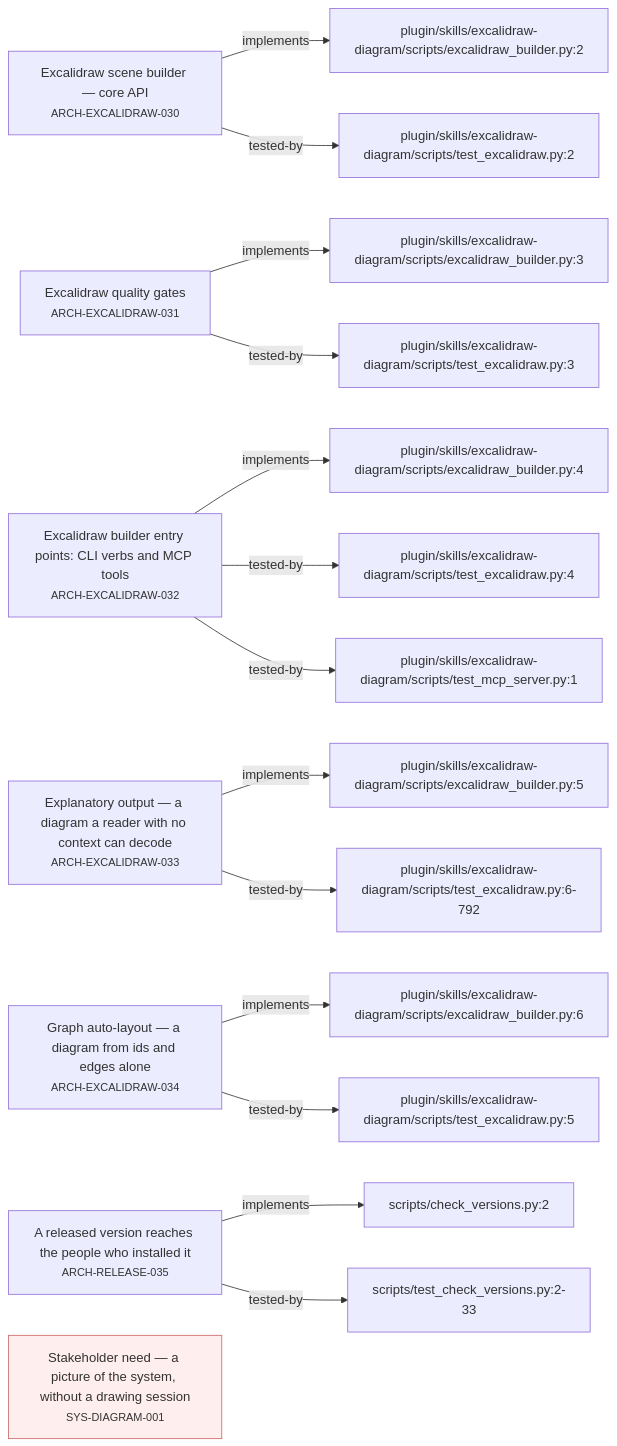
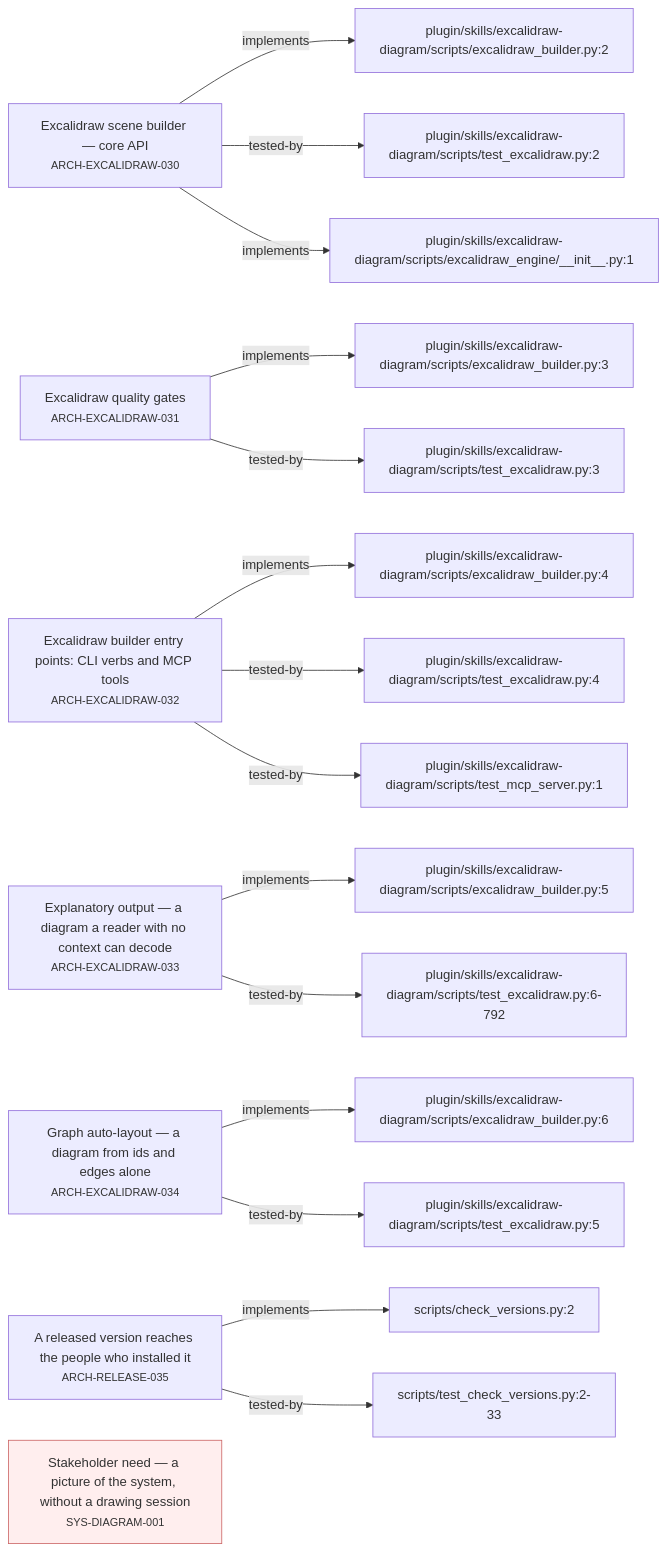
Before and after one commit to alxmax/excalidraw-diagram: the second of 4 diagrams in requirements/_map.md, drawn with Mermaid. The commit also changed 6 other files, not shown here.

````diff
--- a/requirements/_map.md
+++ b/requirements/_map.md
@@ -51,37 +51,39 @@
 ```mermaid
 graph LR
   ARCH_EXCALIDRAW_030["Excalidraw scene builder — core API<br><small>ARCH-EXCALIDRAW-030</small>"]
   f_plugin_skills_excalidraw_diagram_scripts_excalidraw_builder_py_2["plugin/skills/excalidraw-diagram/scripts/excalidraw_builder.py:2"]
   ARCH_EXCALIDRAW_030 -->|implements| f_plugin_skills_excalidraw_diagram_scripts_excalidraw_builder_py_2
   f_plugin_skills_excalidraw_diagram_scripts_test_excalidraw_py_2["plugin/skills/excalidraw-diagram/scripts/test_excalidraw.py:2"]
   ARCH_EXCALIDRAW_030 -->|tested-by| f_plugin_skills_excalidraw_diagram_scripts_test_excalidraw_py_2
+  f_plugin_skills_excalidraw_diagram_scripts_excalidraw_engine___init___py_1["plugin/skills/excalidraw-diagram/scripts/excalidraw_engine/__init__.py:1"]
+  ARCH_EXCALIDRAW_030 -->|implements| f_plugin_skills_excalidraw_diagram_scripts_excalidraw_engine___init___py_1
   ARCH_EXCALIDRAW_031["Excalidraw quality gates<br><small>ARCH-EXCALIDRAW-031</small>"]
   f_plugin_skills_excalidraw_diagram_scripts_excalidraw_builder_py_3["plugin/skills/excalidraw-diagram/scripts/excalidraw_builder.py:3"]
   ARCH_EXCALIDRAW_031 -->|implements| f_plugin_skills_excalidraw_diagram_scripts_excalidraw_builder_py_3
   f_plugin_skills_excalidraw_diagram_scripts_test_excalidraw_py_3["plugin/skills/excalidraw-diagram/scripts/test_excalidraw.py:3"]
   ARCH_EXCALIDRAW_031 -->|tested-by| f_plugin_skills_excalidraw_diagram_scripts_test_excalidraw_py_3
   ARCH_EXCALIDRAW_032["Excalidraw builder entry points: CLI verbs and MCP tools<br><small>ARCH-EXCALIDRAW-032</small>"]
   f_plugin_skills_excalidraw_diagram_scripts_excalidraw_builder_py_4["plugin/skills/excalidraw-diagram/scripts/excalidraw_builder.py:4"]
   ARCH_EXCALIDRAW_032 -->|implements| f_plugin_skills_excalidraw_diagram_scripts_excalidraw_builder_py_4
   f_plugin_skills_excalidraw_diagram_scripts_test_excalidraw_py_4["plugin/skills/excalidraw-diagram/scripts/test_excalidraw.py:4"]
   ARCH_EXCALIDRAW_032 -->|tested-by| f_plugin_skills_excalidraw_diagram_scripts_test_excalidraw_py_4
   f_plugin_skills_excalidraw_diagram_scripts_test_mcp_server_py_1["plugin/skills/excalidraw-diagram/scripts/test_mcp_server.py:1"]
   ARCH_EXCALIDRAW_032 -->|tested-by| f_plugin_skills_excalidraw_diagram_scripts_test_mcp_server_py_1
   ARCH_EXCALIDRAW_033["Explanatory output — a diagram a reader with no context can decode<br><small>ARCH-EXCALIDRAW-033</small>"]
   f_plugin_skills_excalidraw_diagram_scripts_excalidraw_builder_py_5["plugin/skills/excalidraw-diagram/scripts/excalidraw_builder.py:5"]
   ARCH_EXCALIDRAW_033 -->|implements| f_plugin_skills_excalidraw_diagram_scripts_excalidraw_builder_py_5
   f_plugin_skills_excalidraw_diagram_scripts_test_excalidraw_py_6_792["plugin/skills/excalidraw-diagram/scripts/test_excalidraw.py:6-792"]
   ARCH_EXCALIDRAW_033 -->|tested-by| f_plugin_skills_excalidraw_diagram_scripts_test_excalidraw_py_6_792
   ARCH_EXCALIDRAW_034["Graph auto-layout — a diagram from ids and edges alone<br><small>ARCH-EXCALIDRAW-034</small>"]
   f_plugin_skills_excalidraw_diagram_scripts_excalidraw_builder_py_6["plugin/skills/excalidraw-diagram/scripts/excalidraw_builder.py:6"]
   ARCH_EXCALIDRAW_034 -->|implements| f_plugin_skills_excalidraw_diagram_scripts_excalidraw_builder_py_6
   f_plugin_skills_excalidraw_diagram_scripts_test_excalidraw_py_5["plugin/skills/excalidraw-diagram/scripts/test_excalidraw.py:5"]
   ARCH_EXCALIDRAW_034 -->|tested-by| f_plugin_skills_excalidraw_diagram_scripts_test_excalidraw_py_5
   ARCH_RELEASE_035["A released version reaches the people who installed it<br><small>ARCH-RELEASE-035</small>"]
   f_scripts_check_versions_py_2["scripts/check_versions.py:2"]
   ARCH_RELEASE_035 -->|implements| f_scripts_check_versions_py_2
   f_scripts_test_check_versions_py_2_33["scripts/test_check_versions.py:2-33"]
   ARCH_RELEASE_035 -->|tested-by| f_scripts_test_check_versions_py_2_33
   SYS_DIAGRAM_001["Stakeholder need — a picture of the system, without a drawing session<br><small>SYS-DIAGRAM-001</small>"]
   style SYS_DIAGRAM_001 fill:#fee,stroke:#c66
 ```
````
